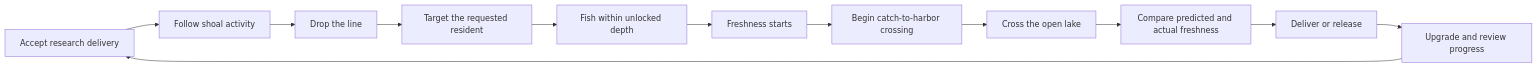
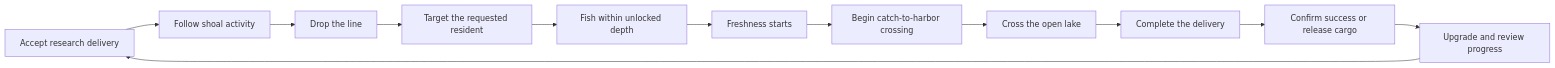
One commit to Prunty2/GameCompNew changed the diagram in Docs/Game-Brief.md. Above: the diagram before and after it, drawn with Mermaid. The commit also changed other lines of this file and 3 other files, not shown here.

Commit message:
feat: replace delivery result with success popup

````diff
--- a/Docs/Game-Brief.md
+++ b/Docs/Game-Brief.md
@@ -81,14 +81,14 @@
 ```mermaid
 flowchart LR
   A["Accept research delivery"] --> B["Follow shoal activity"]
   B --> C["Drop the line"]
   C --> D["Target the requested resident"]
   D --> F["Fish within unlocked depth"]
   F --> G["Freshness starts"]
   G --> H["Begin catch-to-harbor crossing"]
   H --> I["Cross the open lake"]
-  I --> J["Compare predicted and actual freshness"]
-  J --> K["Deliver or release"]
+  I --> J["Complete the delivery"]
+  J --> K["Confirm success or release cargo"]
   K --> L["Upgrade and review progress"]
   L --> A
 ```
````
